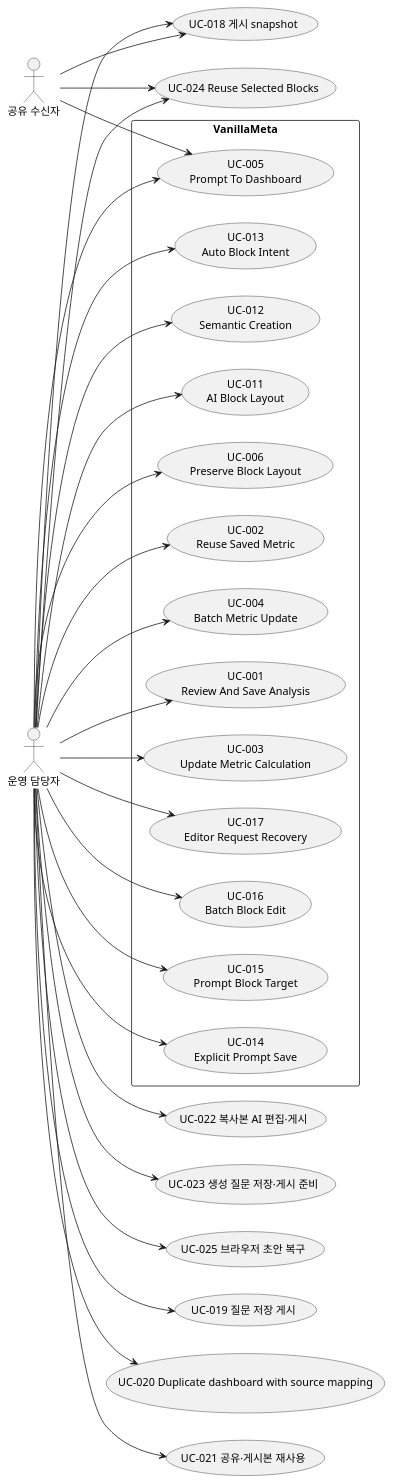
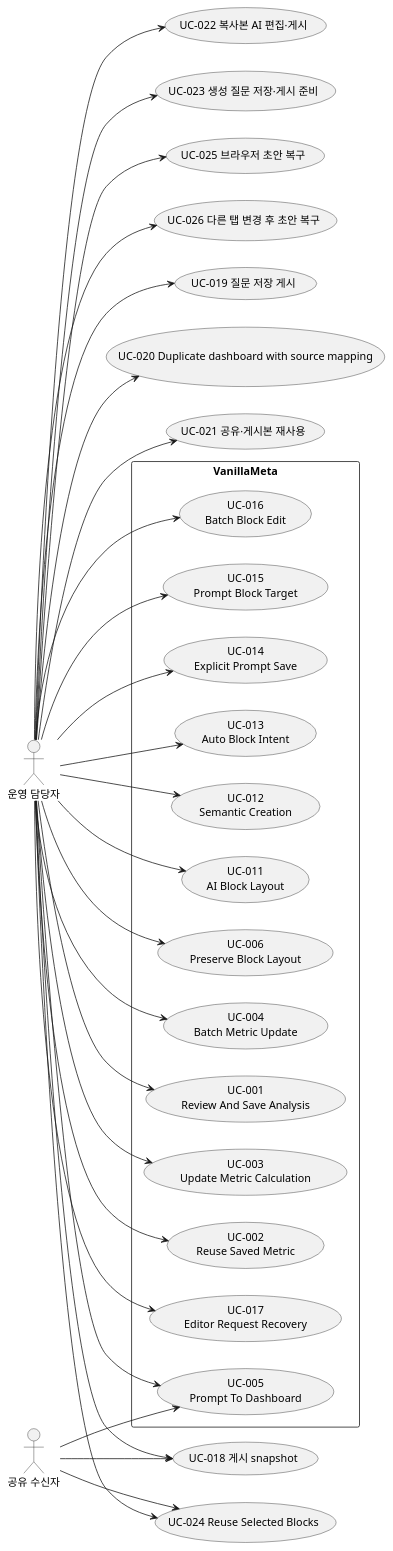
One commit to vanillabrain/vanillameta changed the diagram in docs/use_cases.puml. Above: the diagram before and after it, drawn with PlantUML. The commit also changed 11 other files, not shown here.

```diff
--- a/docs/use_cases.puml
+++ b/docs/use_cases.puml
@@ -1,52 +1,54 @@
 @startuml
 left to right direction
 actor "운영 담당자" as operator
 rectangle "VanillaMeta" {
  usecase "UC-017\nEditor Request Recovery" as UC017
  usecase "UC-016\nBatch Block Edit" as UC016
  usecase "UC-015\nPrompt Block Target" as UC015
  usecase "UC-014\nExplicit Prompt Save" as UC014
  usecase "UC-013\nAuto Block Intent" as UC013
  usecase "UC-012\nSemantic Creation" as UC012
  usecase "UC-011\nAI Block Layout" as UC011
  usecase "UC-006\nPreserve Block Layout" as UC006
  usecase "UC-005\nPrompt To Dashboard" as UC005
  usecase "UC-004\nBatch Metric Update" as UC004
  usecase "UC-001\nReview And Save Analysis" as UC001
  usecase "UC-003\nUpdate Metric Calculation" as UC003
  usecase "UC-002\nReuse Saved Metric" as UC002
 }
 operator --> UC015
 operator --> UC014
 operator --> UC013
 operator --> UC012
 operator --> UC011
 operator --> UC006
 operator --> UC005
 actor "공유 수신자" as recipient
 recipient --> UC005
 operator --> UC004
 operator --> UC003
 operator --> UC002
 operator --> UC001
 operator --> UC016
 operator --> UC017
 usecase "UC-018 게시 snapshot" as UC018
 operator --> UC018
 recipient --> UC018
 usecase "UC-019 질문 저장 게시" as UC019
 operator --> UC019
 usecase "UC-020 Duplicate dashboard with source mapping" as UC020
 operator --> UC020
 usecase "UC-021 공유·게시본 재사용" as UC021
 operator --> UC021
 usecase "UC-022 복사본 AI 편집·게시" as UC022
 operator --> UC022
 usecase "UC-023 생성 질문 저장·게시 준비" as UC023
 operator --> UC023
 usecase "UC-024 Reuse Selected Blocks" as UC024
 operator --> UC024
 recipient --> UC024
 usecase "UC-025 브라우저 초안 복구" as UC025
 operator --> UC025
+usecase "UC-026 다른 탭 변경 후 초안 복구" as UC026
+operator --> UC026
 @enduml
```
